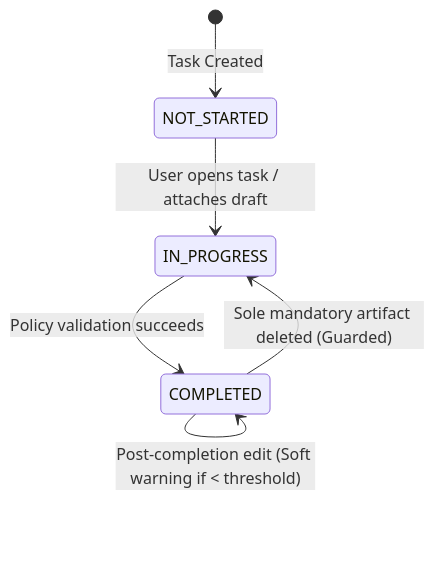
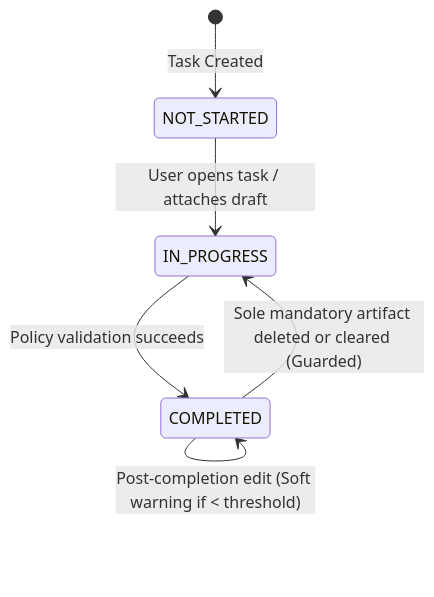
Before and after one commit to MaksymKorniienko/learning_management_system: the third of 4 diagrams in spec/srs.md, drawn with Mermaid. The commit also changed other lines of this file and 1 other file, not shown here.

````diff
--- a/spec/srs.md
+++ b/spec/srs.md
@@ -444,8 +446,8 @@
 ```mermaid
 stateDiagram-v2
     [*] --> NOT_STARTED: Task Created
     NOT_STARTED --> IN_PROGRESS: User opens task / attaches draft
     IN_PROGRESS --> COMPLETED: Policy validation succeeds
-    COMPLETED --> IN_PROGRESS: Sole mandatory artifact deleted (Guarded)
+    COMPLETED --> IN_PROGRESS: Sole mandatory artifact deleted or cleared (Guarded)
     COMPLETED --> COMPLETED: Post-completion edit (Soft warning if < threshold)
 ```
````
